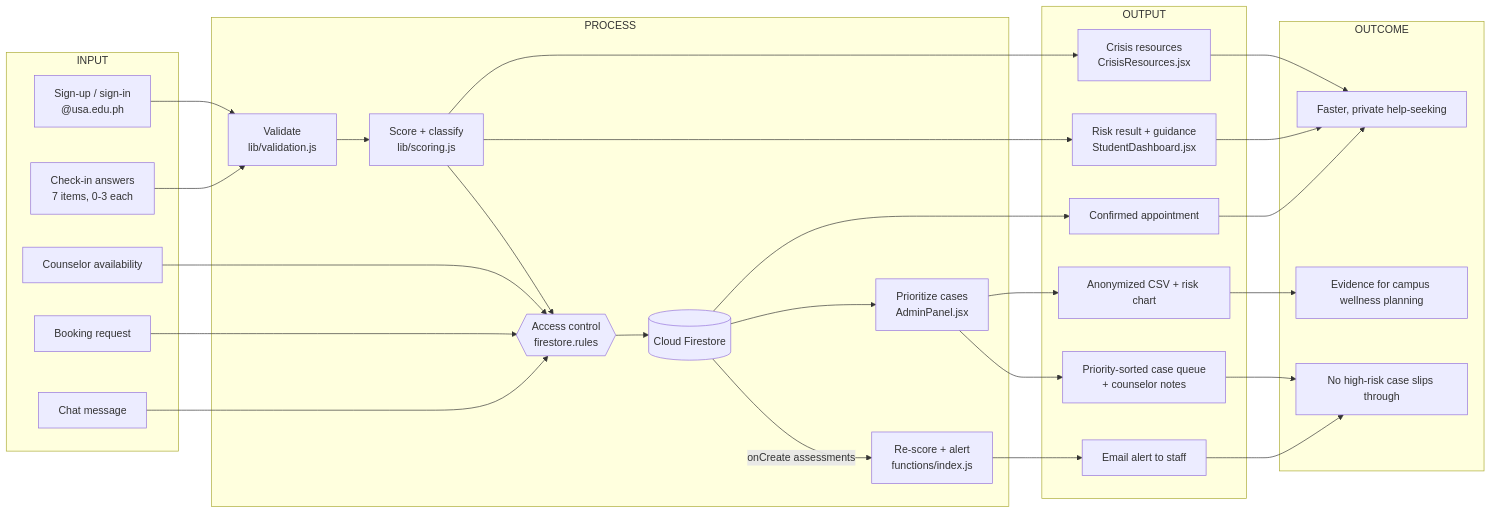
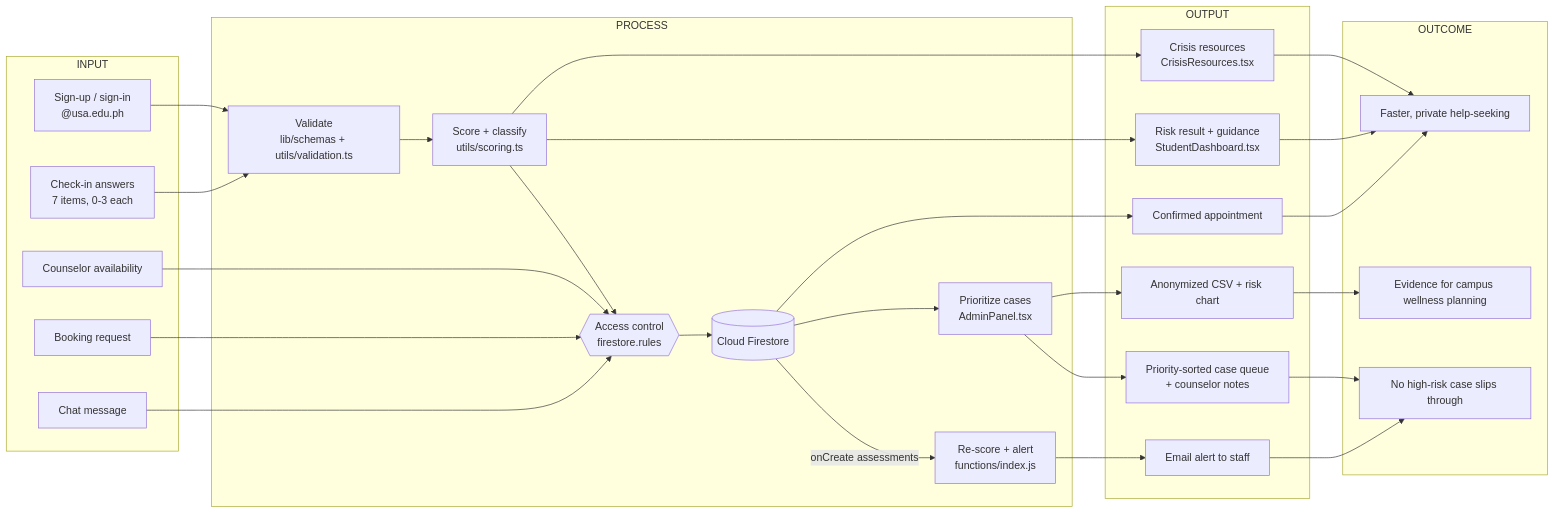
The diagram in docs/IPOO.md (IkariShinjiii/Mind-Bridge), drawn with Mermaid before and after one commit. The commit also changed other lines of this file and 183 other files, not shown here.

````diff
--- a/docs/IPOO.md
+++ b/docs/IPOO.md
@@ -24,55 +24,55 @@
 ```mermaid
 flowchart LR
     subgraph INPUT["INPUT"]
         I1["Sign-up / sign-in<br/>@usa.edu.ph"]
         I2["Check-in answers<br/>7 items, 0-3 each"]
         I3["Counselor availability"]
         I4["Booking request"]
         I5["Chat message"]
     end
 
     subgraph PROCESS["PROCESS"]
-        P0["Validate<br/>lib/validation.js"]
-        P1["Score + classify<br/>lib/scoring.js"]
+        P0["Validate<br/>lib/schemas + utils/validation.ts"]
+        P1["Score + classify<br/>utils/scoring.ts"]
         P2{{"Access control<br/>firestore.rules"}}
         P3[("Cloud Firestore")]
         P4["Re-score + alert<br/>functions/index.js"]
-        P5["Prioritize cases<br/>AdminPanel.jsx"]
+        P5["Prioritize cases<br/>AdminPanel.tsx"]
     end
 
     subgraph OUTPUT["OUTPUT"]
-        O1["Risk result + guidance<br/>StudentDashboard.jsx"]
+        O1["Risk result + guidance<br/>StudentDashboard.tsx"]
         O2["Priority-sorted case queue<br/>+ counselor notes"]
         O3["Confirmed appointment"]
         O4["Email alert to staff"]
         O5["Anonymized CSV + risk chart"]
-        O6["Crisis resources<br/>CrisisResources.jsx"]
+        O6["Crisis resources<br/>CrisisResources.tsx"]
     end
 
     subgraph OUTCOME["OUTCOME"]
         C1["Faster, private help-seeking"]
         C2["No high-risk case slips through"]
         C3["Evidence for campus wellness planning"]
     end
 
     I1 --> P0
     I2 --> P0 --> P1 --> P2
     I3 --> P2
     I4 --> P2
     I5 --> P2
     P2 --> P3
     P3 -- "onCreate assessments" --> P4
     P3 --> P5
     P1 --> O1
     P1 --> O6
     P5 --> O2
     P3 --> O3
     P4 --> O4
     P5 --> O5
     O1 --> C1
     O6 --> C1
     O3 --> C1
     O2 --> C2
     O4 --> C2
     O5 --> C3
 ```
````
